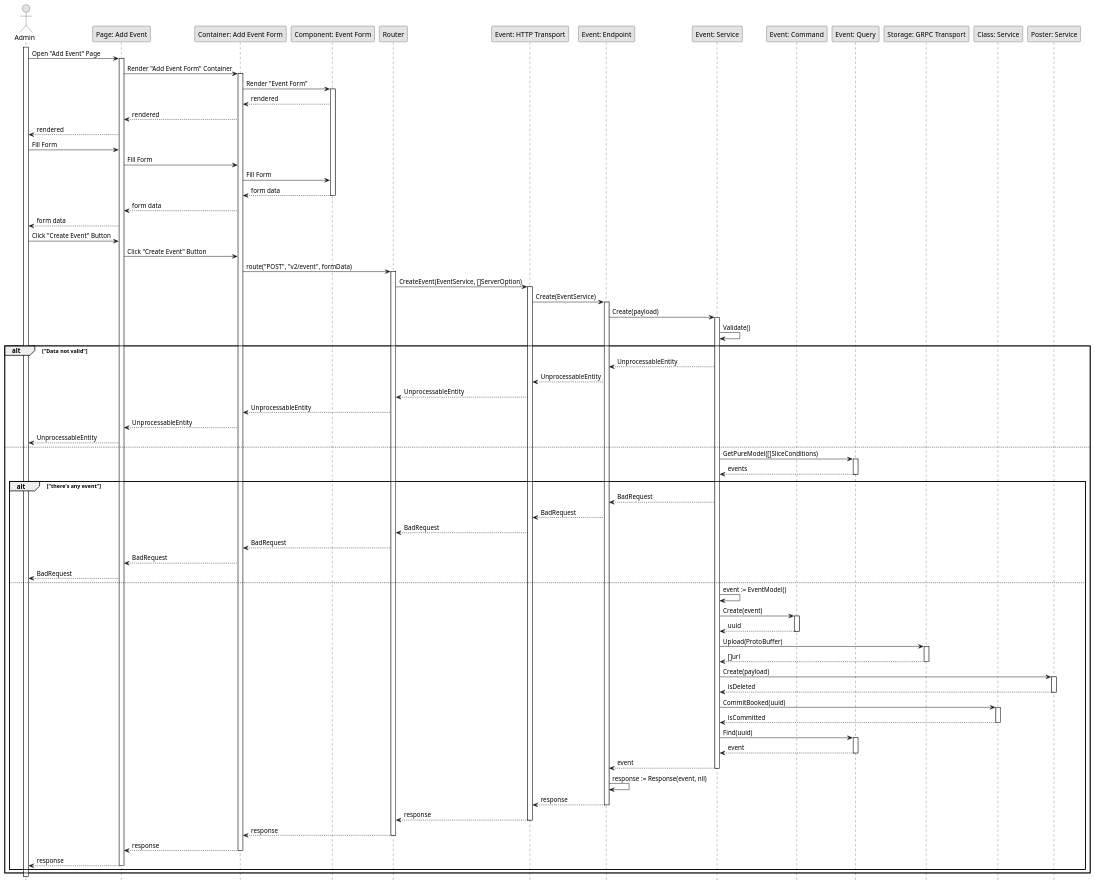
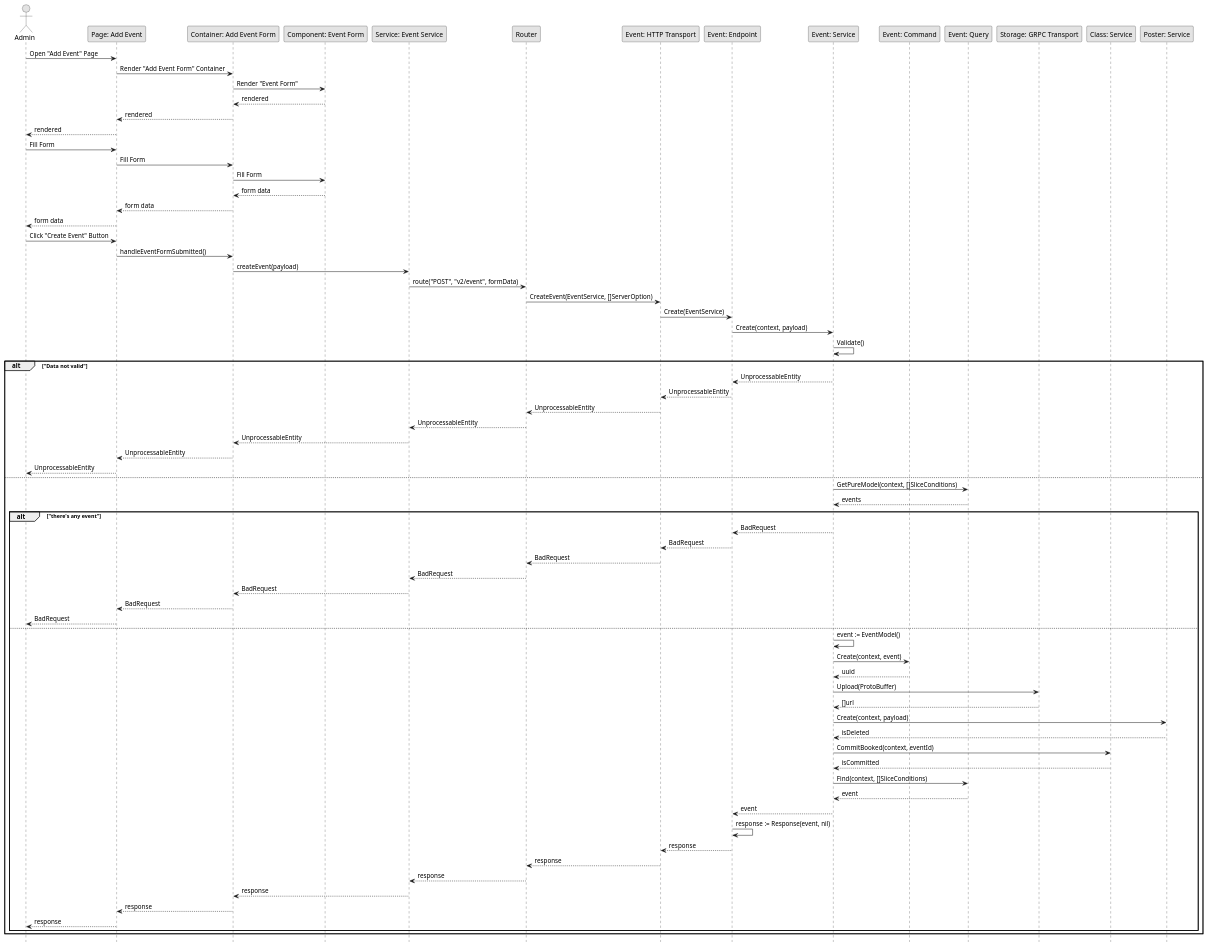
Before and after one commit to fwidjaya20/fazzlearning-uml: the diagram in Sequence/Release01/CreateEvent.wsd, drawn with PlantUML. The commit also changed 38 other files, not shown here.

Commit message:
fix(sequence): fix invalid sequence flow

```diff
--- a/Sequence/Release01/CreateEvent.wsd
+++ b/Sequence/Release01/CreateEvent.wsd
@@ -1,117 +1,92 @@
 @startuml CreateEvent
 
 skinparam Monochrome true
 skinparam Shadowing false
 hide footbox
 
 actor Admin
 participant "Page: Add Event" as AddEventPage
 participant "Container: Add Event Form" as AddEventFormContainer
 participant "Component: Event Form" as EventForm
+participant "Service: Event Service" as FEEventService
 participant "Router" as Router
 participant "Event: HTTP Transport" as EventHTTPTransport
 participant "Event: Endpoint" as EventEndpoint
 participant "Event: Service" as EventService
 participant "Event: Command" as EventCommand
 participant "Event: Query" as EventQuery
 participant "Storage: GRPC Transport" as StorageGRPCTransport
 participant "Class: Service" as ClassService
 participant "Poster: Service" as PosterService
 
-activate Admin
-
 Admin->AddEventPage: Open "Add Event" Page
-activate AddEventPage
 AddEventPage->AddEventFormContainer: Render "Add Event Form" Container
-activate AddEventFormContainer
 AddEventFormContainer->EventForm: Render "Event Form"
-activate EventForm
 EventForm-->AddEventFormContainer: rendered
 AddEventFormContainer-->AddEventPage: rendered
 AddEventPage-->Admin: rendered
 
 Admin->AddEventPage: Fill Form
 AddEventPage->AddEventFormContainer: Fill Form
 AddEventFormContainer->EventForm: Fill Form
 EventForm-->AddEventFormContainer: form data
-deactivate EventForm
 AddEventFormContainer-->AddEventPage: form data
 AddEventPage-->Admin: form data
 
 Admin->AddEventPage: Click "Create Event" Button
-AddEventPage->AddEventFormContainer: Click "Create Event" Button
-AddEventFormContainer->Router: route("POST", "v2/event", formData)
-activate Router
+AddEventPage->AddEventFormContainer: handleEventFormSubmitted()
+AddEventFormContainer->FEEventService: createEvent(payload)
+FEEventService->Router: route("POST", "v2/event", formData)
 Router->EventHTTPTransport: CreateEvent(EventService, []ServerOption)
-activate EventHTTPTransport
 EventHTTPTransport->EventEndpoint: Create(EventService)
-activate EventEndpoint
-EventEndpoint->EventService: Create(payload)
-activate EventService
+EventEndpoint->EventService: Create(context, payload)
 EventService->EventService: Validate()
 
 alt "Data not valid"
     EventService-->EventEndpoint: UnprocessableEntity
     EventEndpoint-->EventHTTPTransport: UnprocessableEntity
     EventHTTPTransport-->Router: UnprocessableEntity
-    Router-->AddEventFormContainer: UnprocessableEntity
+    Router-->FEEventService: UnprocessableEntity
+    FEEventService-->AddEventFormContainer: UnprocessableEntity
     AddEventFormContainer-->AddEventPage: UnprocessableEntity
     AddEventPage-->Admin: UnprocessableEntity
 else
-    EventService->EventQuery: GetPureModel([]SliceConditions)
-    activate EventQuery
+    EventService->EventQuery: GetPureModel(context, []SliceConditions)
     EventQuery-->EventService: events
-    deactivate EventQuery
 
     alt "there's any event"
         EventService-->EventEndpoint: BadRequest
         EventEndpoint-->EventHTTPTransport: BadRequest
         EventHTTPTransport-->Router: BadRequest
-        Router-->AddEventFormContainer: BadRequest
+        Router-->FEEventService: BadRequest
+        FEEventService-->AddEventFormContainer: BadRequest
         AddEventFormContainer-->AddEventPage: BadRequest
         AddEventPage-->Admin: BadRequest
     else
         EventService->EventService: event := EventModel()
-        EventService->EventCommand: Create(event)
-        activate EventCommand
+        EventService->EventCommand: Create(context, event)
         EventCommand-->EventService: uuid
-        deactivate EventCommand
 
         EventService->StorageGRPCTransport: Upload(ProtoBuffer)
-        activate StorageGRPCTransport
         StorageGRPCTransport-->EventService: []url
-        deactivate StorageGRPCTransport
 
-        EventService->PosterService: Create(payload)
-        activate PosterService
+        EventService->PosterService: Create(context, payload)
         PosterService-->EventService: isDeleted
-        deactivate PosterService
 
-        EventService->ClassService: CommitBooked(uuid)
-        activate ClassService
+        EventService->ClassService: CommitBooked(context, eventId)
         ClassService-->EventService: isCommitted
-        deactivate ClassService
 
-        EventService->EventQuery: Find(uuid)
-        activate EventQuery
+        EventService->EventQuery: Find(context, []SliceConditions)
         EventQuery-->EventService: event
-        deactivate EventQuery
         EventService-->EventEndpoint: event
-        deactivate EventService
         EventEndpoint->EventEndpoint: response := Response(event, nil)
         EventEndpoint-->EventHTTPTransport: response
-        deactivate EventEndpoint
         EventHTTPTransport-->Router: response
-        deactivate EventHTTPTransport
-        Router-->AddEventFormContainer: response
-        deactivate Router
+        Router-->FEEventService: response
+        FEEventService-->AddEventFormContainer: response
         AddEventFormContainer-->AddEventPage: response
-        deactivate AddEventFormContainer
         AddEventPage-->Admin: response
-        deactivate AddEventPage
     end
 end
 
-deactivate Admin
-
 @enduml
```
